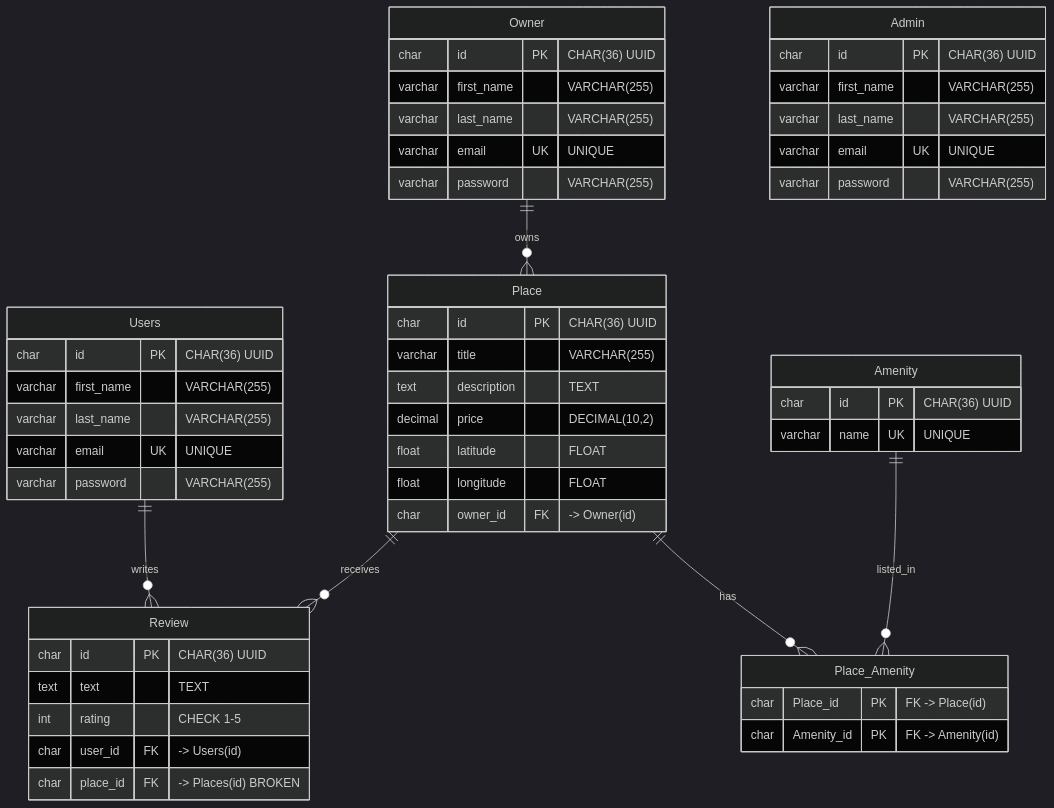
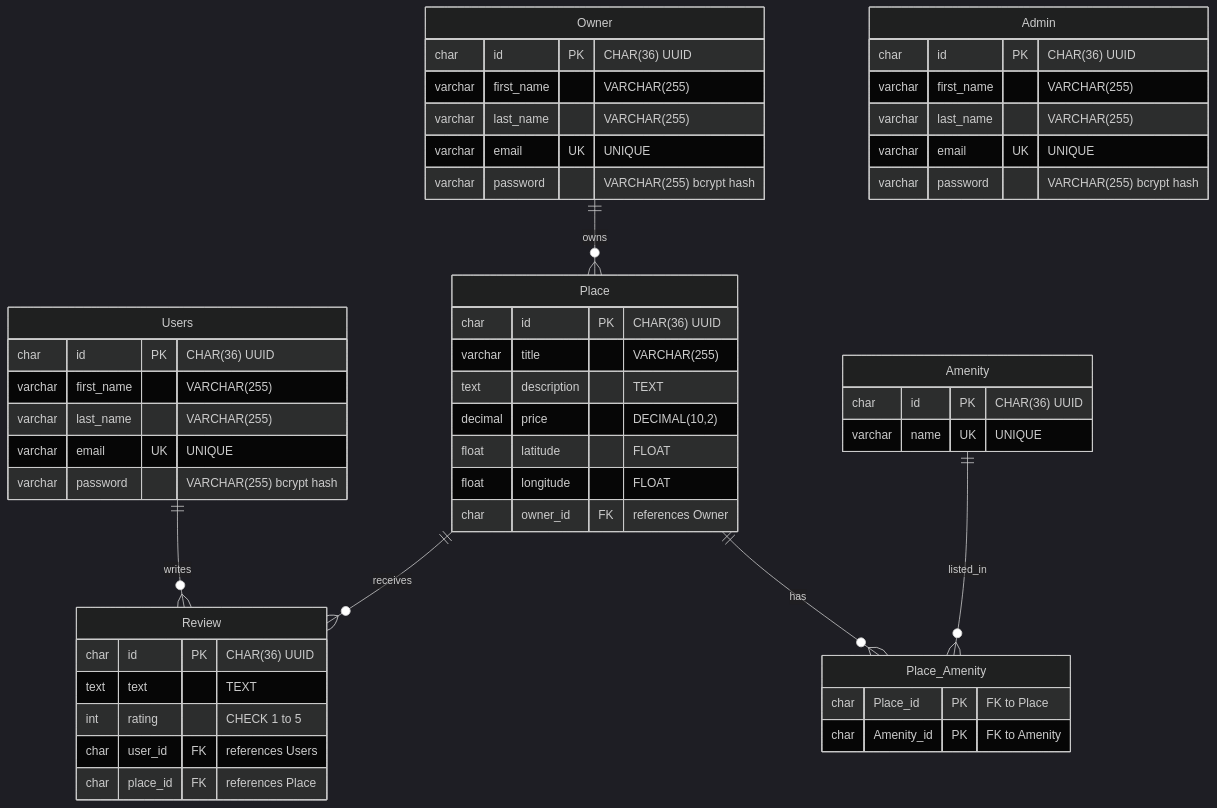
One commit to shahd-v/holbertonschool-hbnb changed the diagram in part3/README.md. Above: the diagram before and after it, drawn with Mermaid (dark theme). The commit also changed other lines of this file, not shown here.

````diff
--- a/part3/README.md
+++ b/part3/README.md
@@ -3,60 +118,60 @@
 ```mermaid
 erDiagram
     Users ||--o{ Review : "writes"
     Owner ||--o{ Place : "owns"
     Place ||--o{ Review : "receives"
     Place ||--o{ Place_Amenity : "has"
     Amenity ||--o{ Place_Amenity : "listed_in"
-    
+
     Users {
         char id PK "CHAR(36) UUID"
         varchar first_name "VARCHAR(255)"
         varchar last_name "VARCHAR(255)"
         varchar email UK "UNIQUE"
-        varchar password "VARCHAR(255)"
+        varchar password "VARCHAR(255) bcrypt hash"
     }
 
     Admin {
         char id PK "CHAR(36) UUID"
         varchar first_name "VARCHAR(255)"
         varchar last_name "VARCHAR(255)"
         varchar email UK "UNIQUE"
-        varchar password "VARCHAR(255)"
+        varchar password "VARCHAR(255) bcrypt hash"
     }
 
     Owner {
         char id PK "CHAR(36) UUID"
         varchar first_name "VARCHAR(255)"
         varchar last_name "VARCHAR(255)"
         varchar email UK "UNIQUE"
-        varchar password "VARCHAR(255)"
+        varchar password "VARCHAR(255) bcrypt hash"
     }
 
     Place {
         char id PK "CHAR(36) UUID"
         varchar title "VARCHAR(255)"
         text description "TEXT"
         decimal price "DECIMAL(10,2)"
         float latitude "FLOAT"
         float longitude "FLOAT"
-        char owner_id FK "-> Owner(id)"
+        char owner_id FK "references Owner"
     }
 
     Review {
         char id PK "CHAR(36) UUID"
         text text "TEXT"
-        int rating "CHECK 1-5"
-        char user_id FK "-> Users(id)"
-        char place_id FK "-> Places(id) BROKEN"
+        int rating "CHECK 1 to 5"
+        char user_id FK "references Users"
+        char place_id FK "references Place"
     }
 
     Amenity {
         char id PK "CHAR(36) UUID"
         varchar name UK "UNIQUE"
     }
 
     Place_Amenity {
-        char Place_id PK "FK -> Place(id)"
-        char Amenity_id PK "FK -> Amenity(id)"
+        char Place_id PK "FK to Place"
+        char Amenity_id PK "FK to Amenity"
     }
 ```
````
